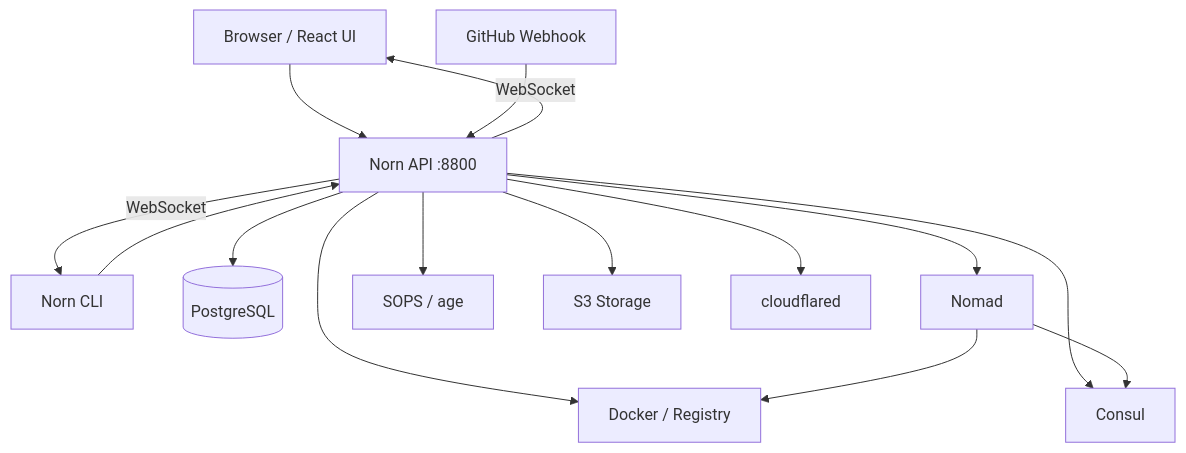
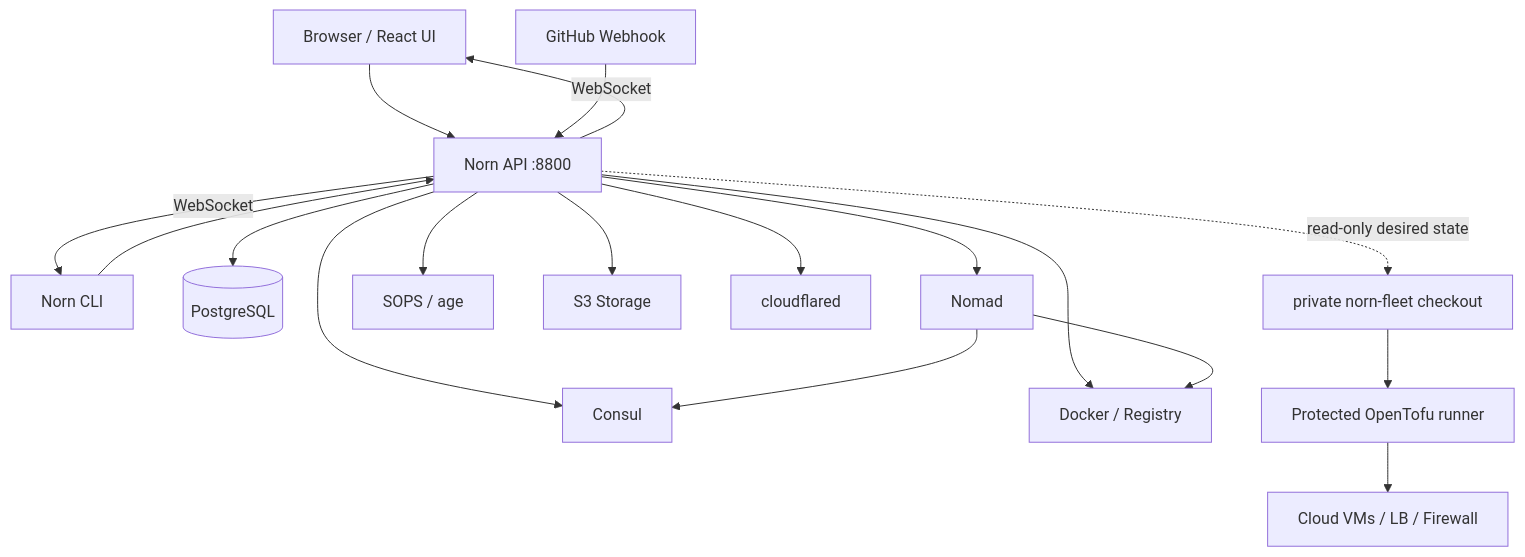
The diagram in docs/v2/architecture/overview.md (antiartificial/norn), drawn with Mermaid before and after one commit. The commit also changed other lines of this file and 176 other files, not shown here.

Commit message:
Release Norn 2.18 fleet and production controls

````diff
--- a/docs/v2/architecture/overview.md
+++ b/docs/v2/architecture/overview.md
@@ -5,20 +5,23 @@
 ```mermaid
 graph TB
     Browser[Browser / React UI] --> API[Norn API :8800]
     CLI[Norn CLI] --> API
     Webhook[GitHub Webhook] --> API
 
     API --> DB[(PostgreSQL)]
     API --> Nomad[Nomad]
     API --> Consul[Consul]
     API --> SOPS[SOPS / age]
     API --> S3[S3 Storage]
     API --> Docker[Docker / Registry]
     API --> CF[cloudflared]
+    API -. read-only desired state .-> FleetRepo[private norn-fleet checkout]
+    FleetRepo --> Runner[Protected OpenTofu runner]
+    Runner --> Cloud[Cloud VMs / LB / Firewall]
 
     API -- WebSocket --> Browser
     API -- WebSocket --> CLI
 
     Nomad --> Docker
     Nomad --> Consul
 ```
````
